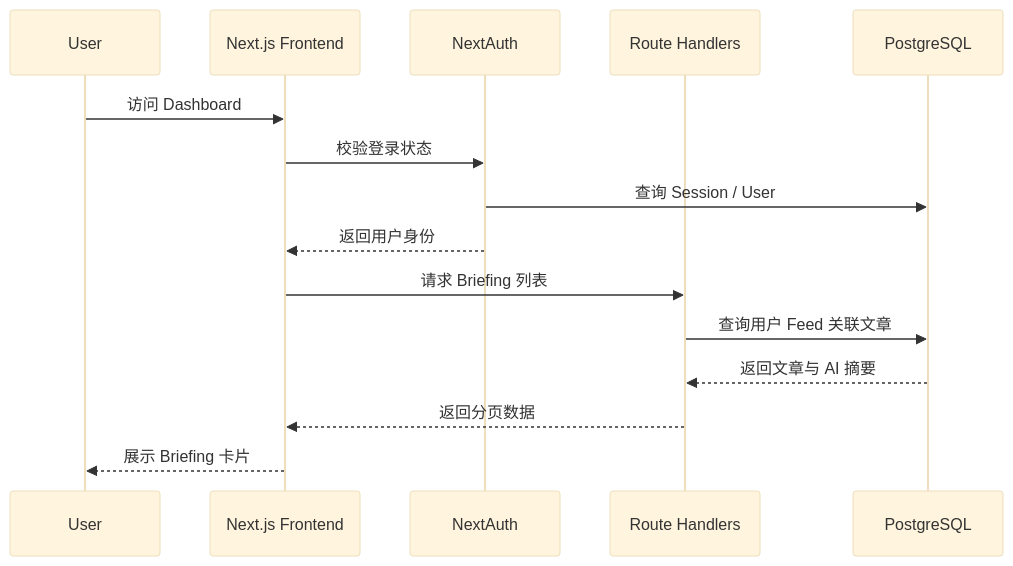
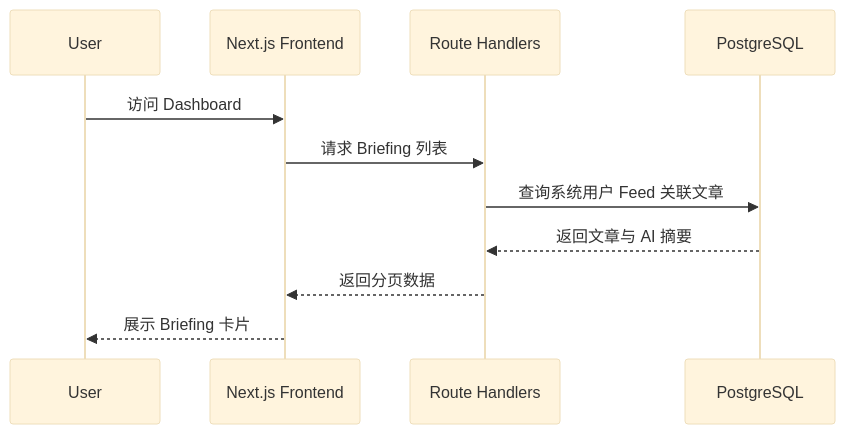
The fourth of 5 diagrams in docs/architecture.md (Shaoyi23/ai-tech-briefing), drawn with Mermaid (base theme) before and after one commit. The commit also changed other lines of this file and 36 other files, not shown here.

````diff
--- a/docs/architecture.md
+++ b/docs/architecture.md
@@ -92,18 +88,14 @@
 ```mermaid
 sequenceDiagram
   participant User as User
   participant Web as Next.js Frontend
-  participant Auth as NextAuth
   participant API as Route Handlers
   participant DB as PostgreSQL
 
   User->>Web: 访问 Dashboard
-  Web->>Auth: 校验登录状态
-  Auth->>DB: 查询 Session / User
-  Auth-->>Web: 返回用户身份
   Web->>API: 请求 Briefing 列表
-  API->>DB: 查询用户 Feed 关联文章
+  API->>DB: 查询系统用户 Feed 关联文章
   DB-->>API: 返回文章与 AI 摘要
   API-->>Web: 返回分页数据
   Web-->>User: 展示 Briefing 卡片
 ```
````
